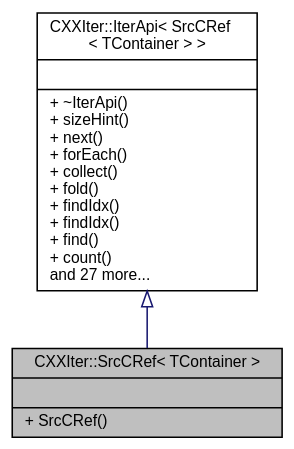
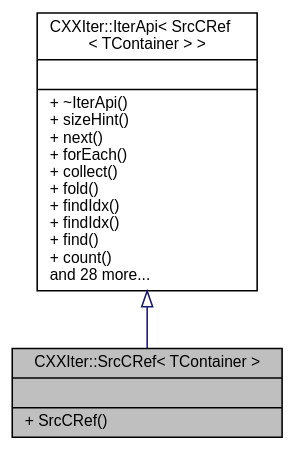
The diagram in classCXXIter_1_1SrcCRef__inherit__graph.dot (seijikun/CXXIter), drawn with Graphviz before and after one commit. The commit also changed 50 other files, not shown here.

```diff
--- a/classCXXIter_1_1SrcCRef__inherit__graph.dot
+++ b/classCXXIter_1_1SrcCRef__inherit__graph.dot
@@ -1,11 +1,11 @@
 digraph "CXXIter::SrcCRef&lt; TContainer &gt;"
 {
  // INTERACTIVE_SVG=YES
  // LATEX_PDF_SIZE
   bgcolor="transparent";
   edge [fontname="Helvetica",fontsize="10",labelfontname="Helvetica",labelfontsize="10"];
   node [fontname="Helvetica",fontsize="10",shape=record];
   Node1 [label="{CXXIter::SrcCRef\< TContainer \>\n||+ SrcCRef()\l}",height=0.2,width=0.4,color="black", fillcolor="grey75", style="filled", fontcolor="black",tooltip="CXXIter iterator source that immutably borrows the input item source, and passes immutable references..."];
   Node2 -> Node1 [dir="back",color="midnightblue",fontsize="10",style="solid",arrowtail="onormal",fontname="Helvetica"];
-  Node2 [label="{CXXIter::IterApi\< SrcCRef\l\< TContainer \> \>\n||+ ~IterApi()\l+ sizeHint()\l+ next()\l+ forEach()\l+ collect()\l+ fold()\l+ findIdx()\l+ findIdx()\l+ find()\l+ count()\land 27 more...\l}",height=0.2,width=0.4,color="black",URL="$classCXXIter_1_1IterApi.html",tooltip=" "];
+  Node2 [label="{CXXIter::IterApi\< SrcCRef\l\< TContainer \> \>\n||+ ~IterApi()\l+ sizeHint()\l+ next()\l+ forEach()\l+ collect()\l+ fold()\l+ findIdx()\l+ findIdx()\l+ find()\l+ count()\land 28 more...\l}",height=0.2,width=0.4,color="black",URL="$classCXXIter_1_1IterApi.html",tooltip=" "];
 }
```
